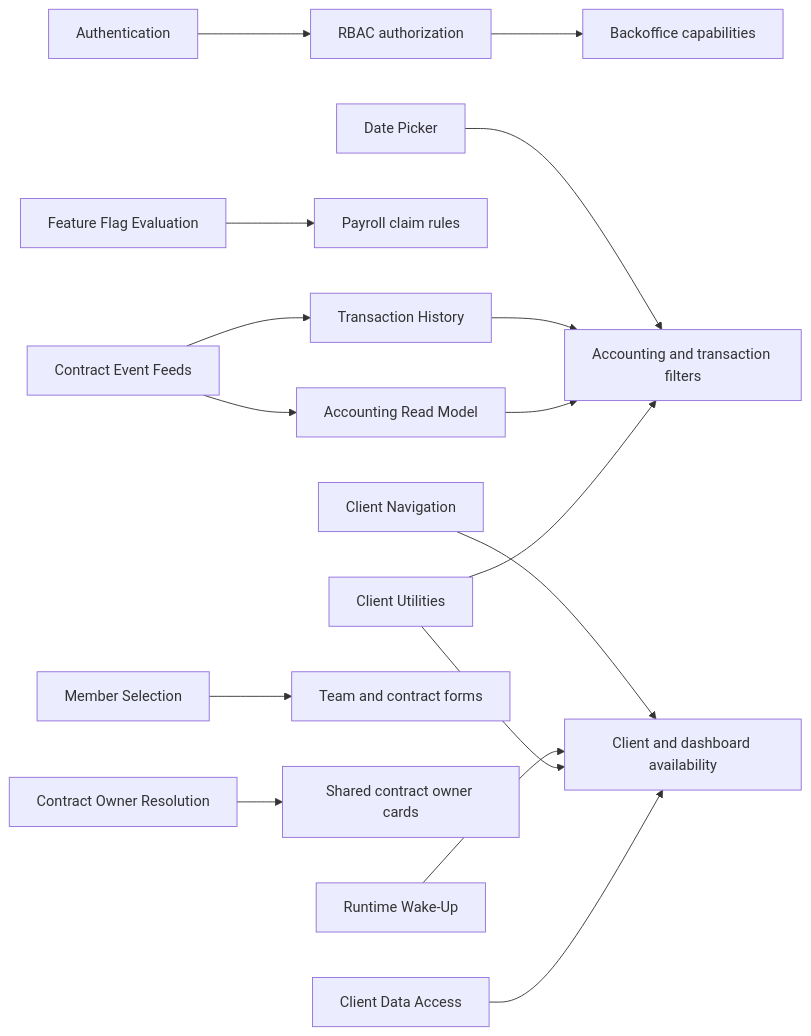
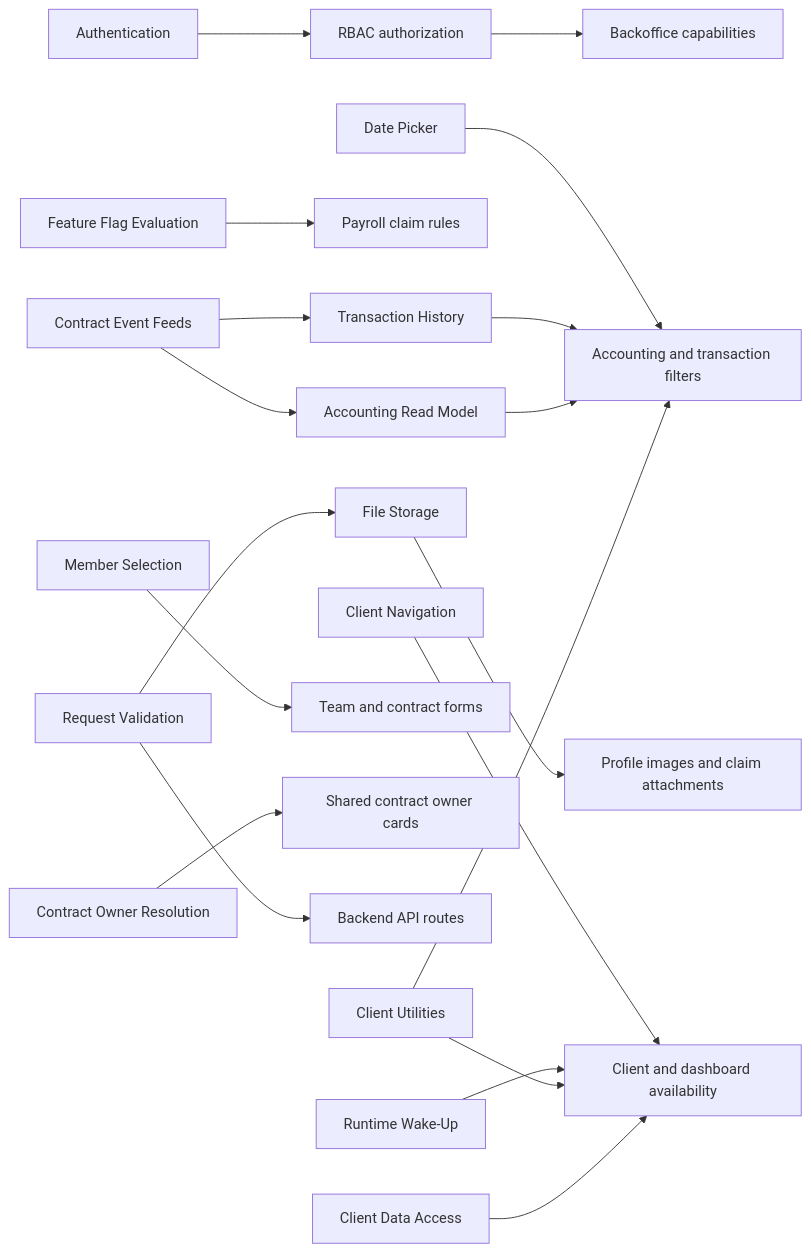
The diagram in docs/implementation/README.md (globe-and-citizen/cnc-portal), drawn with Mermaid before and after one commit. The commit also changed other lines of this file and 7 other files, not shown here.

````diff
--- a/docs/implementation/README.md
+++ b/docs/implementation/README.md
@@ -17,18 +17,21 @@
 ```mermaid
 flowchart LR
   auth[Authentication] --> rbac[RBAC authorization]
   rbac --> backoffice[Backoffice capabilities]
   navigation[Client Navigation] --> client[Client feature entry points]
   flags[Feature Flag Evaluation] --> payroll[Payroll claim rules]
   wake[Runtime Wake-Up] --> client[Client and dashboard availability]
   datePicker[Date Picker] --> reports[Accounting and transaction filters]
   contractEvents[Contract Event Feeds] --> transactionHistory
   transactionHistory[Transaction History] --> reports
   contractEvents --> accountingReadModel
   accountingReadModel[Accounting Read Model] --> reports
   selection[Member Selection] --> forms[Team and contract forms]
   owner[Contract Owner Resolution] --> cards[Shared contract owner cards]
+  requestValidation[Request Validation] --> api[Backend API routes]
+  fileStorage[File Storage] --> uploads[Profile images and claim attachments]
+  requestValidation --> fileStorage
   utilities[Client Utilities] --> client
   utilities --> reports
   dataAccess[Client Data Access] --> client
 ```
````
